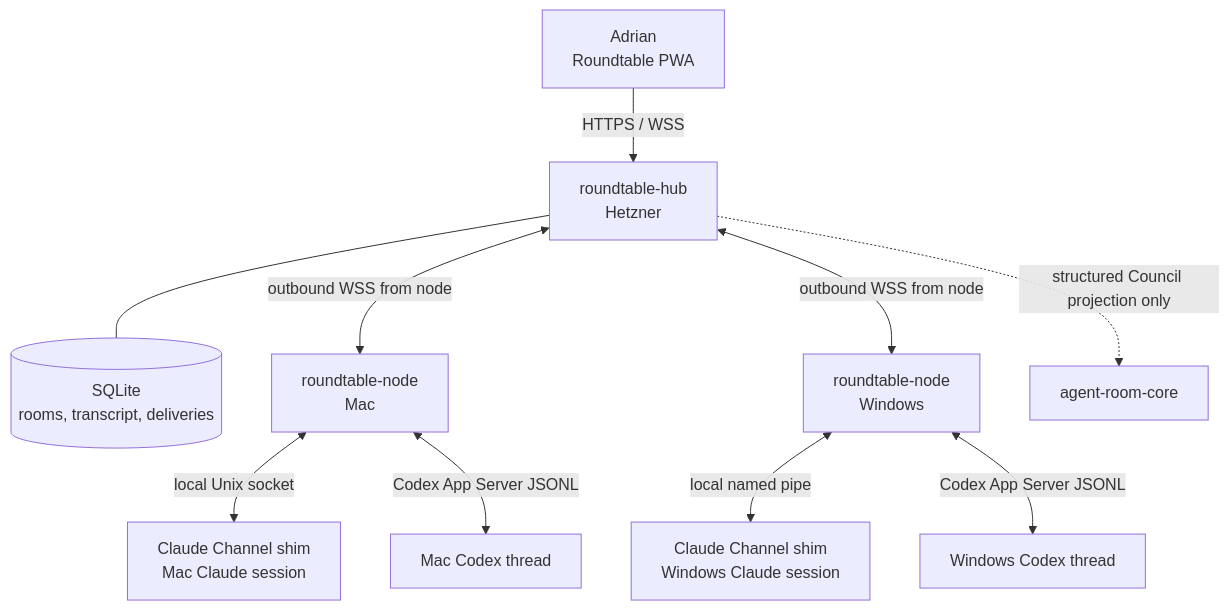
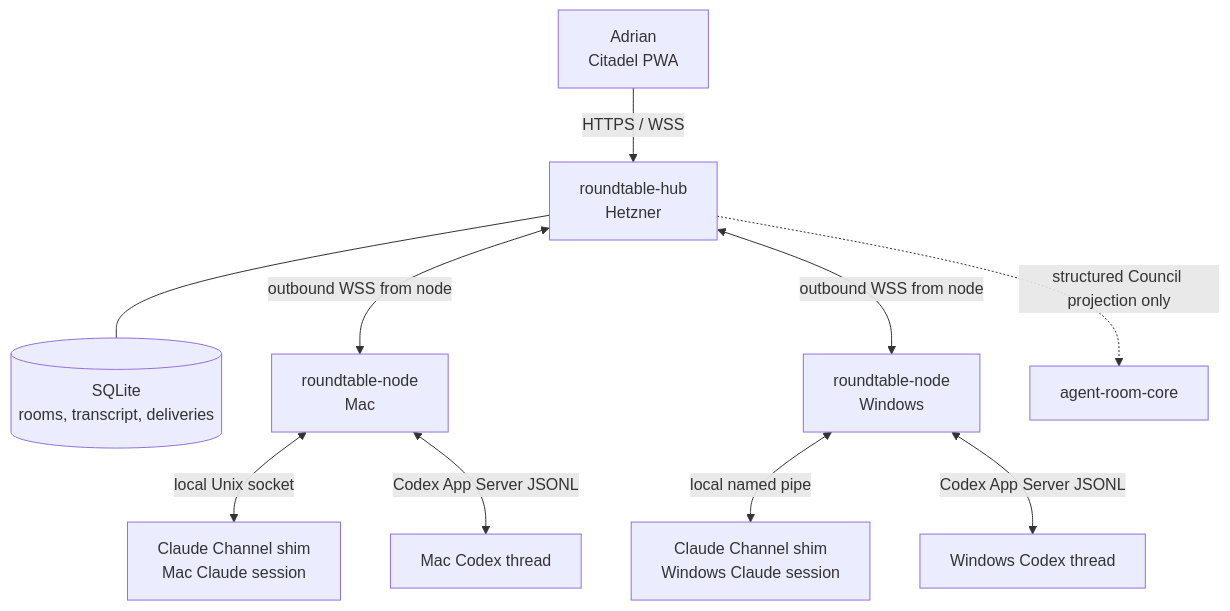
One commit to Orthic-Labs/Roundtable changed the diagram in 2026-07-22-roundtable-cross-device-architecture.md. Above: the diagram before and after it, drawn with Mermaid. The commit also changed other lines of this file and 24 other files, not shown here.

````diff
--- a/2026-07-22-roundtable-cross-device-architecture.md
+++ b/2026-07-22-roundtable-cross-device-architecture.md
@@ -16,12 +16,12 @@
 ```mermaid
 flowchart TB
-    U["Adrian<br/>Roundtable PWA"] -->|"HTTPS / WSS"| H["roundtable-hub<br/>Hetzner"]
+    U["Adrian<br/>Citadel PWA"] -->|"HTTPS / WSS"| H["roundtable-hub<br/>Hetzner"]
     H --- DB[("SQLite<br/>rooms, transcript, deliveries")]
     H <-->|"outbound WSS from node"| MN["roundtable-node<br/>Mac"]
     H <-->|"outbound WSS from node"| WN["roundtable-node<br/>Windows"]
     MN <-->|"local Unix socket"| MC["Claude Channel shim<br/>Mac Claude session"]
     WN <-->|"local named pipe"| WC["Claude Channel shim<br/>Windows Claude session"]
     MN <-->|"Codex App Server JSONL"| MX["Mac Codex thread"]
     WN <-->|"Codex App Server JSONL"| WX["Windows Codex thread"]
     H -. "structured Council projection only" .-> C["agent-room-core"]
 ```
````
